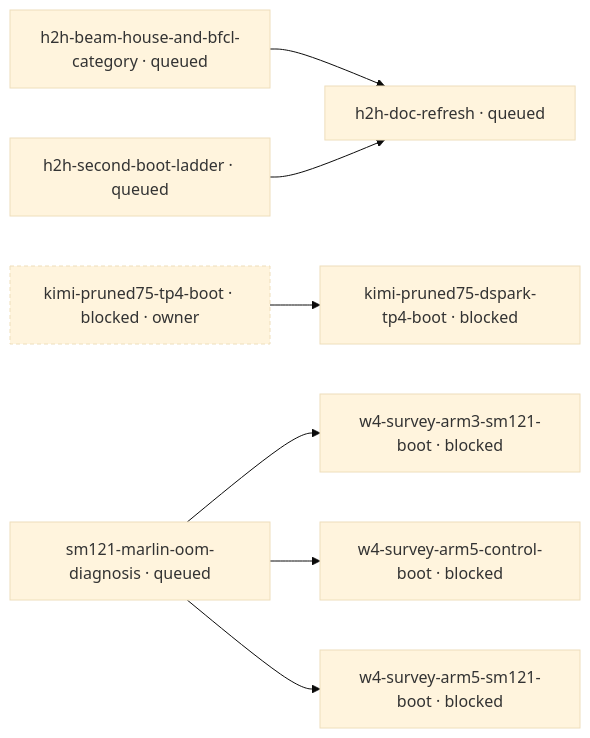
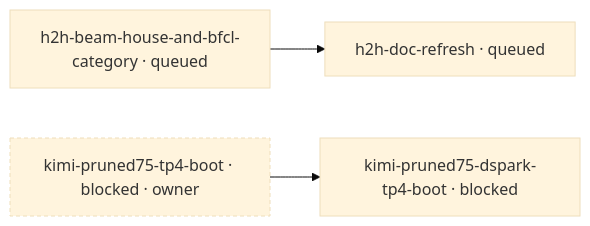
The diagram in mad-science/STATUS.md (littlecedar/sparkrun-recipe-registry), drawn with Mermaid (base theme) before and after one commit. The commit also changed other lines of this file, not shown here.

````diff
--- a/mad-science/STATUS.md
+++ b/mad-science/STATUS.md
@@ -13,20 +16,11 @@
 ```mermaid
 flowchart LR
-  %% 11 blocked, 6 edges, 7 prose-gated, 0 question-gated, 0 question, 17 rows not drawn (--all)
+  %% 11 blocked, 2 edges, 10 prose-gated, 0 question-gated, 0 question, 19 rows not drawn (--all)
   t1["h2h-beam-house-and-bfcl-category · queued"]
   t2["h2h-doc-refresh · queued"]
-  t3["h2h-second-boot-ladder · queued"]
-  t4["kimi-pruned75-dspark-tp4-boot · blocked"]
-  t5["kimi-pruned75-tp4-boot · blocked · owner"]:::no-recorded-edge
-  t6["sm121-marlin-oom-diagnosis · queued"]
-  t7["w4-survey-arm3-sm121-boot · blocked"]
-  t8["w4-survey-arm5-control-boot · blocked"]
-  t9["w4-survey-arm5-sm121-boot · blocked"]
+  t3["kimi-pruned75-dspark-tp4-boot · blocked"]
+  t4["kimi-pruned75-tp4-boot · blocked · owner"]:::no-recorded-edge
   t1 --> t2
-  t3 --> t2
-  t5 --> t4
-  t6 --> t7
-  t6 --> t8
-  t6 --> t9
+  t4 --> t3
   classDef no-recorded-edge stroke-dasharray: 4 3
 ```
````
